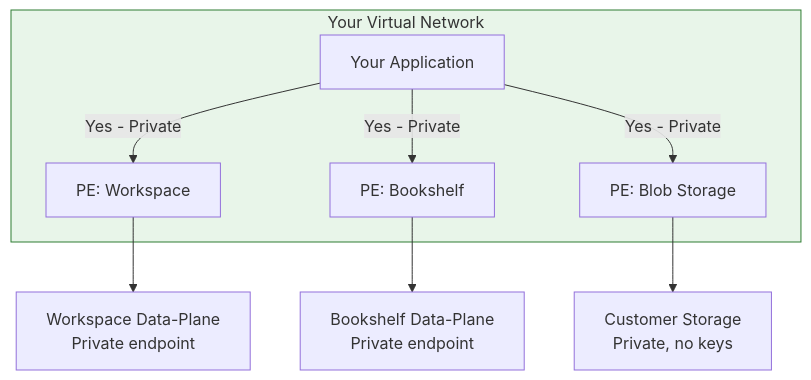
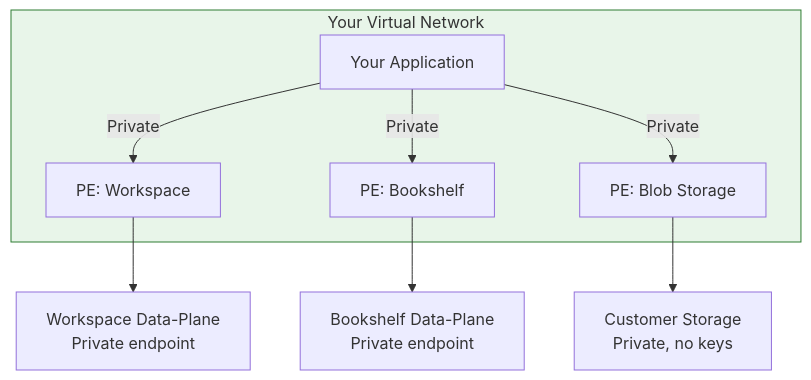
One commit to johntrogan/azure-docs changed the diagram in articles/microsoft-discovery/how-to-deploy-network-hardened-stack.md. Above: the diagram before and after it, drawn with Mermaid. The commit also changed other lines of this file and 3 other files, not shown here.

````diff
--- a/articles/microsoft-discovery/how-to-deploy-network-hardened-stack.md
+++ b/articles/microsoft-discovery/how-to-deploy-network-hardened-stack.md
@@ -18,19 +18,19 @@
 ```mermaid
 graph TB
     subgraph VNet["Your Virtual Network"]
         App["Your Application"]
         PE_WS["PE: Workspace"]
         PE_BS["PE: Bookshelf"]
         PE_Blob["PE: Blob Storage"]
     end
 
     WS_DP["Workspace Data-Plane<br/>Private endpoint"]
     BS_DP["Bookshelf Data-Plane<br/>Private endpoint"]
     Blob["Customer Storage<br/>Private, no keys"]
 
-    App -->|"Yes - Private"| PE_WS --> WS_DP
-    App -->|"Yes - Private"| PE_BS --> BS_DP
-    App -->|"Yes - Private"| PE_Blob --> Blob
+    App -->|"Private"| PE_WS --> WS_DP
+    App -->|"Private"| PE_BS --> BS_DP
+    App -->|"Private"| PE_Blob --> Blob
 
     style VNet fill:#e8f5e9,stroke:#2e7d32
 ```
````
